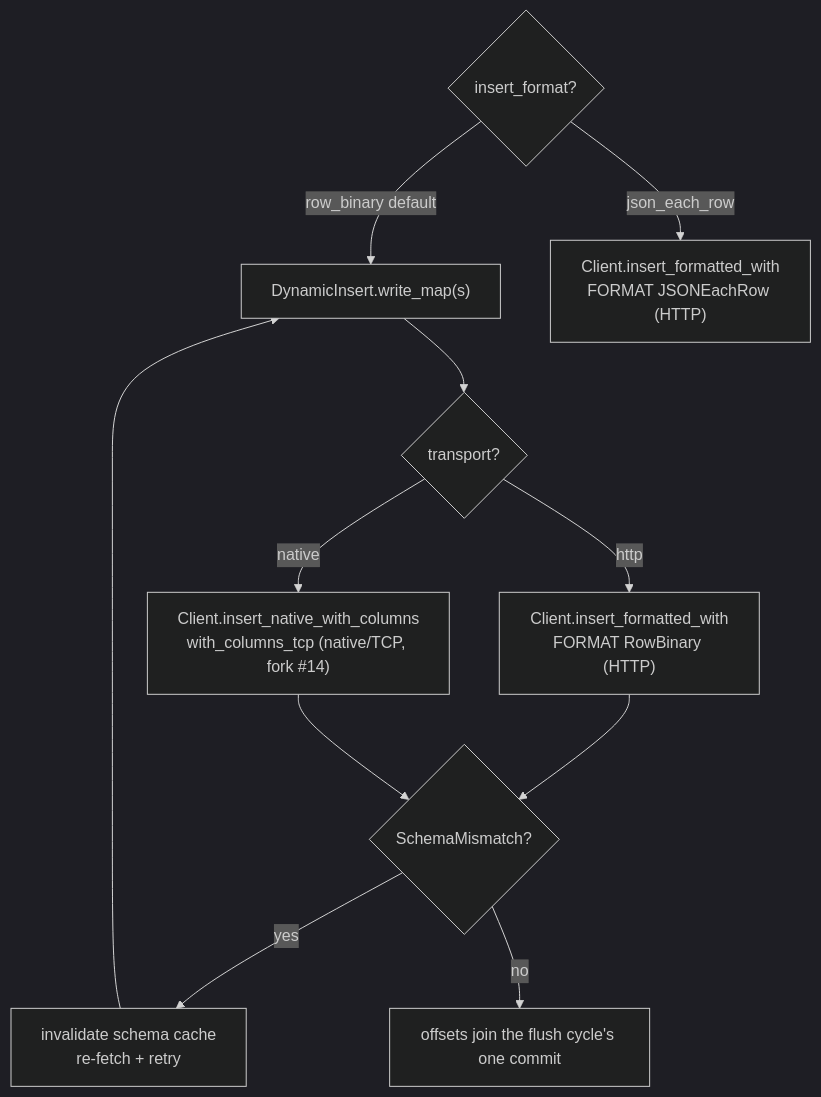
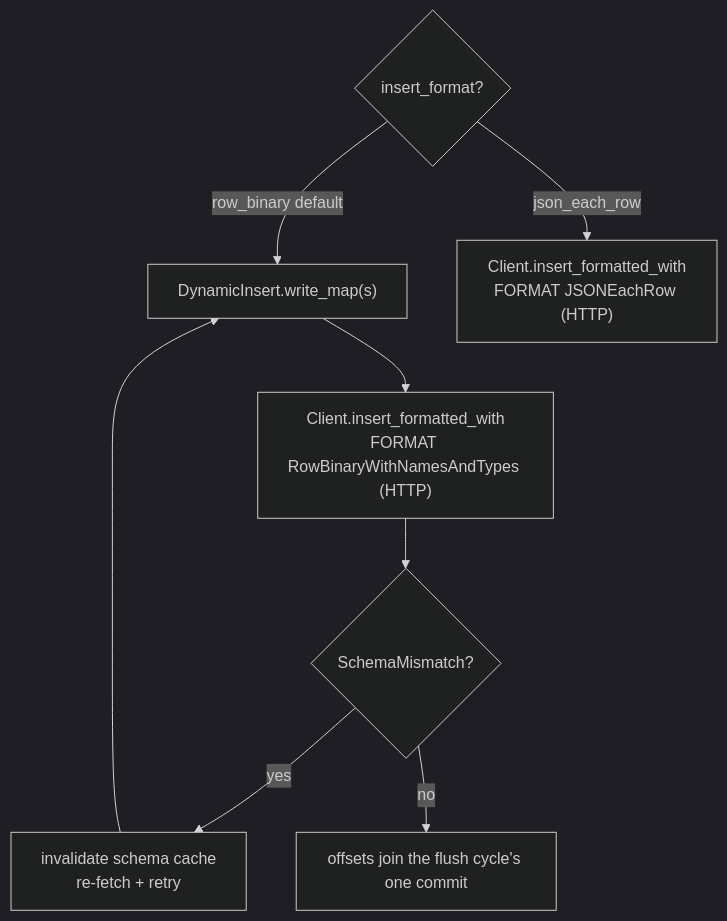
One commit to hyperi-io/dfe-loader changed the third of 3 diagrams in docs/ARCHITECTURE.md. Above: the diagram before and after it, drawn with Mermaid (dark theme). The commit also changed other lines of this file and 56 other files, not shown here.

````diff
--- a/docs/ARCHITECTURE.md
+++ b/docs/ARCHITECTURE.md
@@ -99,20 +101,15 @@
 ```mermaid
 flowchart TB
     F{"insert_format?"}
-    T{"transport?"}
     RB["DynamicInsert.write_map(s)"]
-    HTTP["Client.insert_formatted_with<br/>FORMAT RowBinary (HTTP)"]
-    TCP["Client.insert_native_with_columns<br/>with_columns_tcp (native/TCP, fork #14)"]
+    HTTP["Client.insert_formatted_with<br/>FORMAT RowBinaryWithNamesAndTypes (HTTP)"]
     JE["Client.insert_formatted_with<br/>FORMAT JSONEachRow (HTTP)"]
     SM{"SchemaMismatch?"}
     REC["invalidate schema cache<br/>re-fetch + retry"]
 
-    F -->|row_binary default| RB
-    RB --> T
-    T -->|native| TCP
-    T -->|http| HTTP
+    F -->|row_binary default| RB --> HTTP
     F -->|json_each_row| JE
-    HTTP & TCP --> SM
+    HTTP --> SM
     SM -->|yes| REC --> RB
     SM -->|no| OK["offsets join the flush cycle's one commit"]
 ```
````
